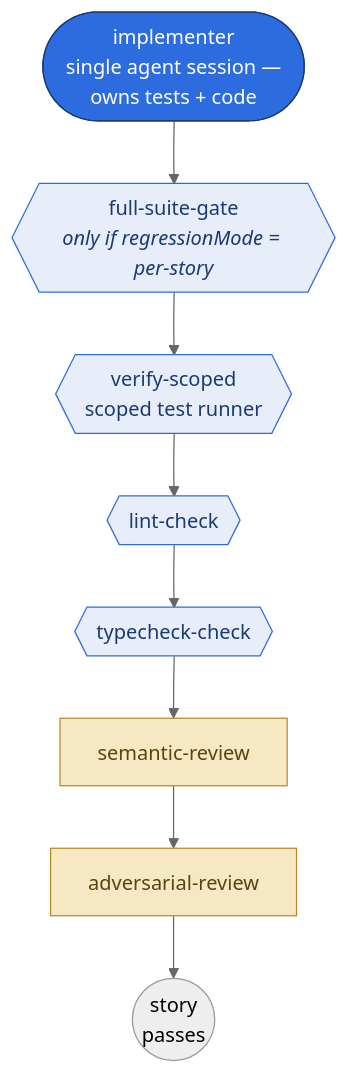
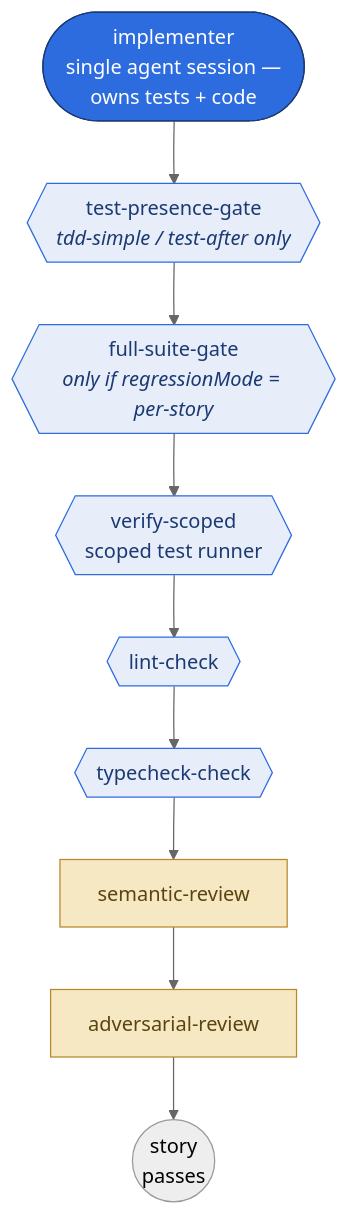
Before and after one commit to nathapp-io/nax: the second of 3 diagrams in docs/architecture/story-orchestrator-flow.md, drawn with Mermaid (neutral theme). The commit also changed other lines of this file and 44 other files, not shown here.

First line of the commit message:
docs: refresh README, architecture and guides against current source (#2243)

````diff
--- a/docs/architecture/story-orchestrator-flow.md
+++ b/docs/architecture/story-orchestrator-flow.md
@@ -156,17 +174,18 @@
 ```mermaid
 flowchart TD
-    IMP(["implementer<br/>single agent session —<br/>owns tests + code"]) --> FSG{{"full-suite-gate<br/><i>only if regressionMode = per-story</i>"}}
+    IMP(["implementer<br/>single agent session —<br/>owns tests + code"]) --> TPG{{"test-presence-gate<br/><i>tdd-simple / test-after only</i>"}}
+    TPG --> FSG{{"full-suite-gate<br/><i>only if regressionMode = per-story</i>"}}
     FSG --> VS{{"verify-scoped<br/>scoped test runner"}}
     VS --> LINT{{"lint-check"}}
     LINT --> TC{{"typecheck-check"}}
     TC --> SEM["semantic-review"]
     SEM --> ADV["adversarial-review"]
     ADV --> DONE((story<br/>passes))
 
     classDef session fill:#2d6cdf,stroke:#1b3a73,color:#fff;
     classDef gate fill:#e8eef9,stroke:#2d6cdf,color:#1b3a73;
     classDef review fill:#f6e8c3,stroke:#b9882b,color:#5a4410;
     class IMP session;
-    class FSG,VS,LINT,TC gate;
+    class TPG,FSG,VS,LINT,TC gate;
     class SEM,ADV review;
 ```
````
